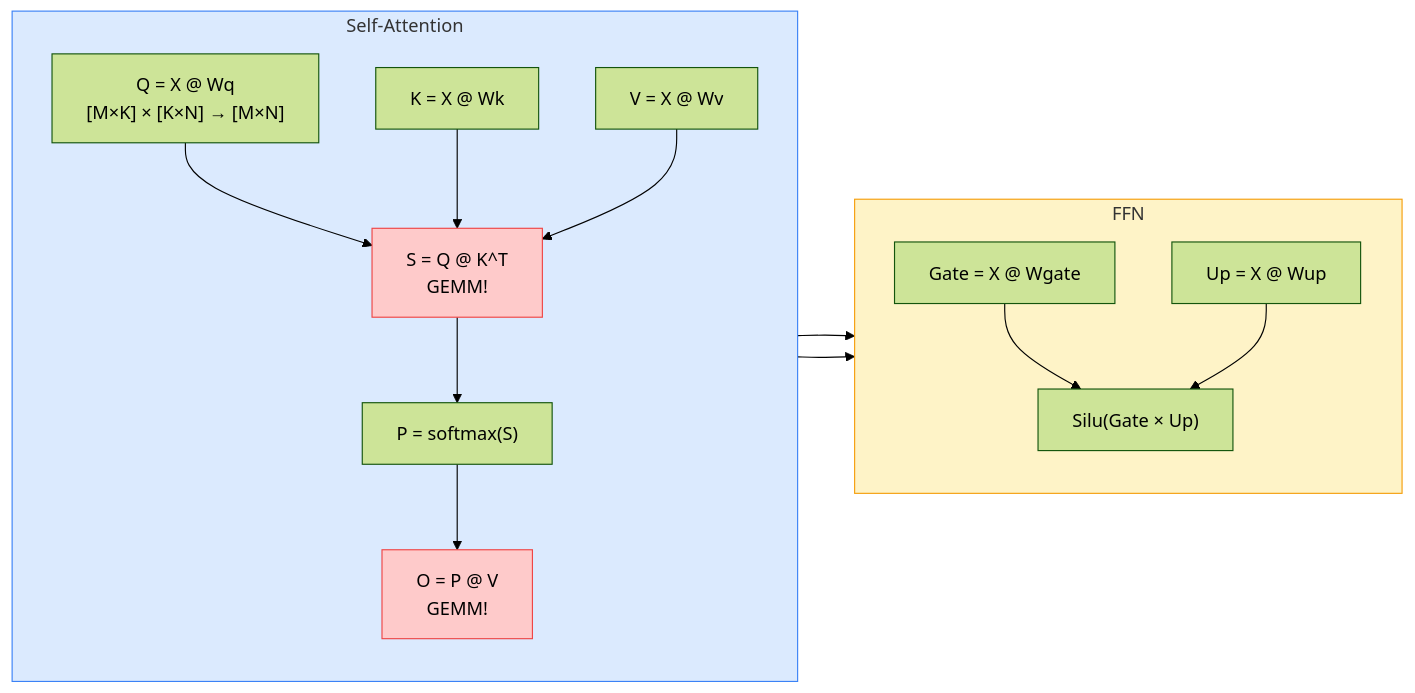
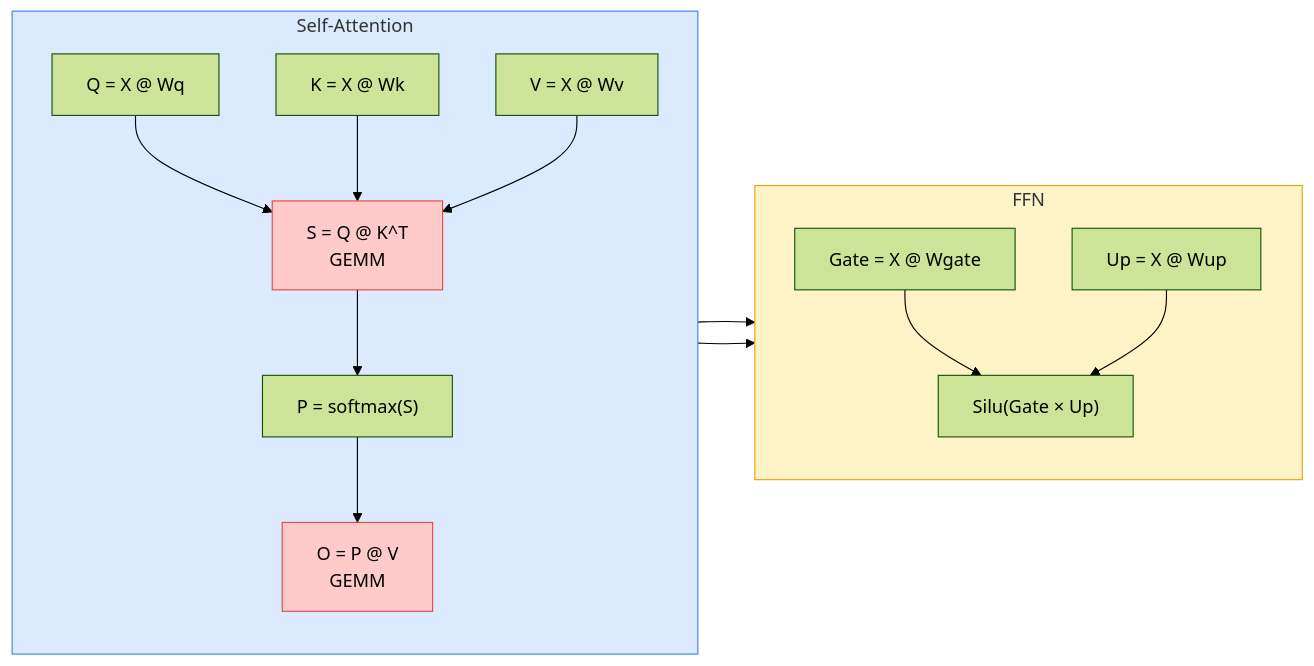
One commit to A1pha3/text-matrix changed the second of 6 diagrams in content/posts/tech/deepgemm-high-performance-fp8-gemm-kernels.md. Above: the diagram before and after it, drawn with Mermaid (forest theme). The commit also changed other lines of this file and 25 other files, not shown here.

````diff
--- a/content/posts/tech/deepgemm-high-performance-fp8-gemm-kernels.md
+++ b/content/posts/tech/deepgemm-high-performance-fp8-gemm-kernels.md
@@ -73,33 +96,31 @@
 ```mermaid
 flowchart LR
-    subgraph SelfAttention [Self-Attention]
+    subgraph SelfAttention["Self-Attention"]
         direction TB
-        Q["Q = X @ Wq<br/>[M×K] × [K×N] → [M×N]"]
+        Q["Q = X @ Wq"]
         K["K = X @ Wk"]
         V["V = X @ Wv"]
-        QK["S = Q @ K^T<br/>GEMM!"]
+        QK["S = Q @ K^T<br/>GEMM"]
         SOFTMAX["P = softmax(S)"]
-        OV["O = P @ V<br/>GEMM!"]
-
+        OV["O = P @ V<br/>GEMM"]
         Q & K & V --> QK
         QK --> SOFTMAX
         SOFTMAX --> OV
     end
 
-    subgraph FFN [FFN]
+    subgraph FFN["FFN"]
         direction TB
         GATE["Gate = X @ Wgate"]
         UP["Up = X @ Wup"]
         SILU["Silu(Gate × Up)"]
-
         GATE & UP --> SILU
     end
 
     OV --> GATE
     OV --> UP
 
     style SelfAttention fill:#dbeafe,stroke:#3b82f6
     style FFN fill:#fef3c7,stroke:#f59e0b
     style QK fill:#fecaca,stroke:#ef4444
     style OV fill:#fecaca,stroke:#ef4444
 ```
````
